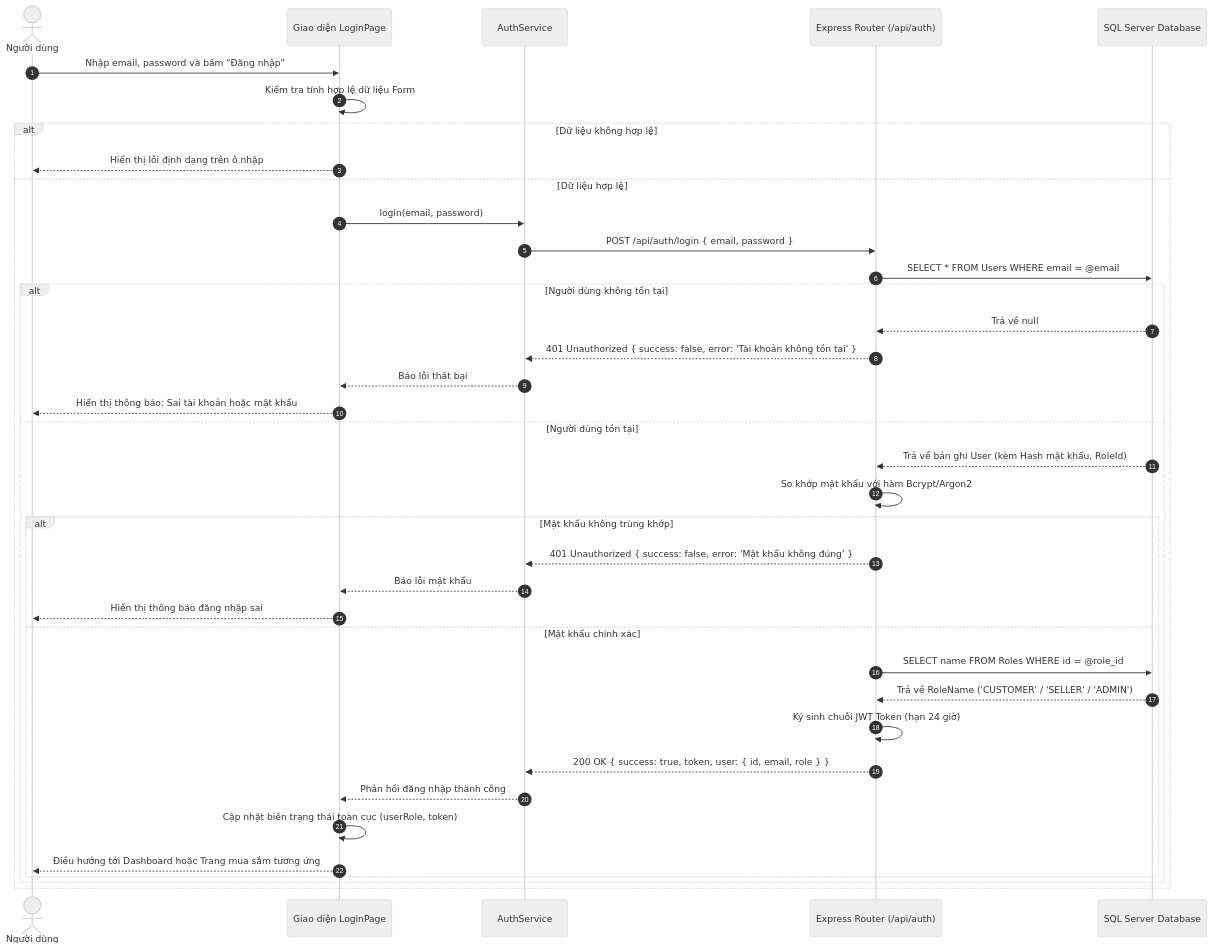
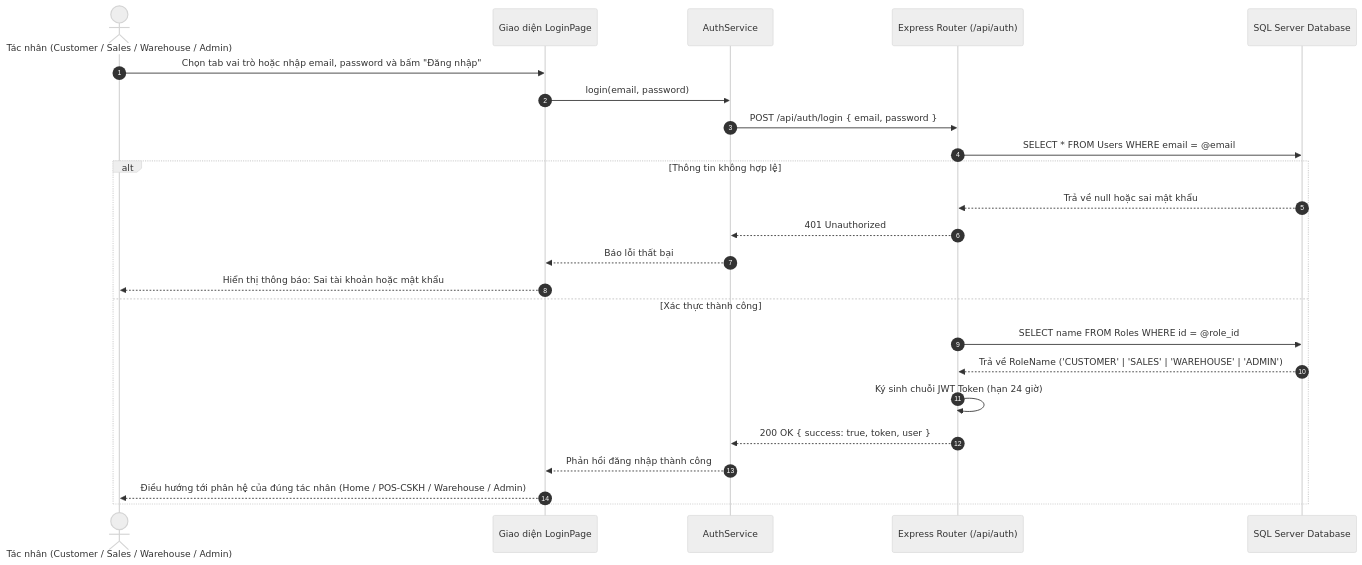
Before and after one commit to Khanhack11/-ng-d-ng-AI: the third of 20 diagrams in docs/SRS_SZSHOP_SPECIFICATION.md, drawn with Mermaid (neutral theme). The commit also changed other lines of this file and 53 other files, not shown here.

````diff
--- a/docs/SRS_SZSHOP_SPECIFICATION.md
+++ b/docs/SRS_SZSHOP_SPECIFICATION.md
@@ -265,41 +272,27 @@
 ```mermaid
 sequenceDiagram
     autonumber
-    actor User as Người dùng
+    actor User as Tác nhân (Customer / Sales / Warehouse / Admin)
     participant UI as Giao diện LoginPage
     participant Service as AuthService
     participant API as Express Router (/api/auth)
     participant DB as SQL Server Database
 
-    User->>UI: Nhập email, password và bấm "Đăng nhập"
-    UI->>UI: Kiểm tra tính hợp lệ dữ liệu Form
-    alt Dữ liệu không hợp lệ
-        UI-->>User: Hiển thị lỗi định dạng trên ô nhập
-    else Dữ liệu hợp lệ
-        UI->>Service: login(email, password)
-        Service->>API: POST /api/auth/login { email, password }
-        API->>DB: SELECT * FROM Users WHERE email = @email
-        alt Người dùng không tồn tại
-            DB-->>API: Trả về null
-            API-->>Service: 401 Unauthorized { success: false, error: 'Tài khoản không tồn tại' }
-            Service-->>UI: Báo lỗi thất bại
-            UI-->>User: Hiển thị thông báo: Sai tài khoản hoặc mật khẩu
-        else Người dùng tồn tại
-            DB-->>API: Trả về bản ghi User (kèm Hash mật khẩu, RoleId)
-            API->>API: So khớp mật khẩu với hàm Bcrypt/Argon2
-            alt Mật khẩu không trùng khớp
-                API-->>Service: 401 Unauthorized { success: false, error: 'Mật khẩu không đúng' }
-                Service-->>UI: Báo lỗi mật khẩu
-                UI-->>User: Hiển thị thông báo đăng nhập sai
-            else Mật khẩu chính xác
-                API->>DB: SELECT name FROM Roles WHERE id = @role_id
-                DB-->>API: Trả về RoleName ('CUSTOMER' / 'SELLER' / 'ADMIN')
-                API->>API: Ký sinh chuỗi JWT Token (hạn 24 giờ)
-                API-->>Service: 200 OK { success: true, token, user: { id, email, role } }
-                Service-->>UI: Phản hồi đăng nhập thành công
-                UI->>UI: Cập nhật biến trạng thái toàn cục (userRole, token)
-                UI-->>User: Điều hướng tới Dashboard hoặc Trang mua sắm tương ứng
-            end
-        end
+    User->>UI: Chọn tab vai trò hoặc nhập email, password và bấm "Đăng nhập"
+    UI->>Service: login(email, password)
+    Service->>API: POST /api/auth/login { email, password }
+    API->>DB: SELECT * FROM Users WHERE email = @email
+    alt Thông tin không hợp lệ
+        DB-->>API: Trả về null hoặc sai mật khẩu
+        API-->>Service: 401 Unauthorized
+        Service-->>UI: Báo lỗi thất bại
+        UI-->>User: Hiển thị thông báo: Sai tài khoản hoặc mật khẩu
+    else Xác thực thành công
+        API->>DB: SELECT name FROM Roles WHERE id = @role_id
+        DB-->>API: Trả về RoleName ('CUSTOMER' | 'SALES' | 'WAREHOUSE' | 'ADMIN')
+        API->>API: Ký sinh chuỗi JWT Token (hạn 24 giờ)
+        API-->>Service: 200 OK { success: true, token, user }
+        Service-->>UI: Phản hồi đăng nhập thành công
+        UI-->>User: Điều hướng tới phân hệ của đúng tác nhân (Home / POS-CSKH / Warehouse / Admin)
     end
 ```
````
